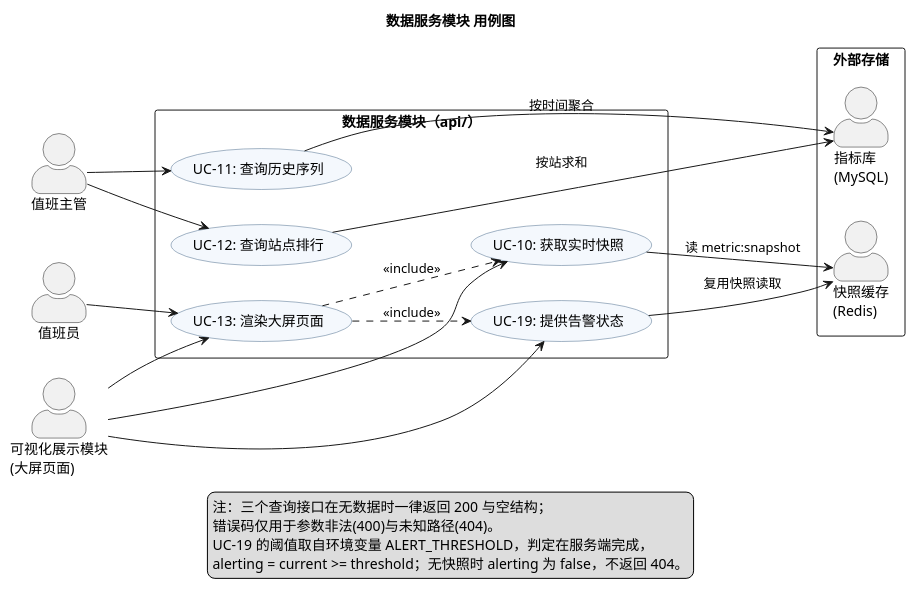
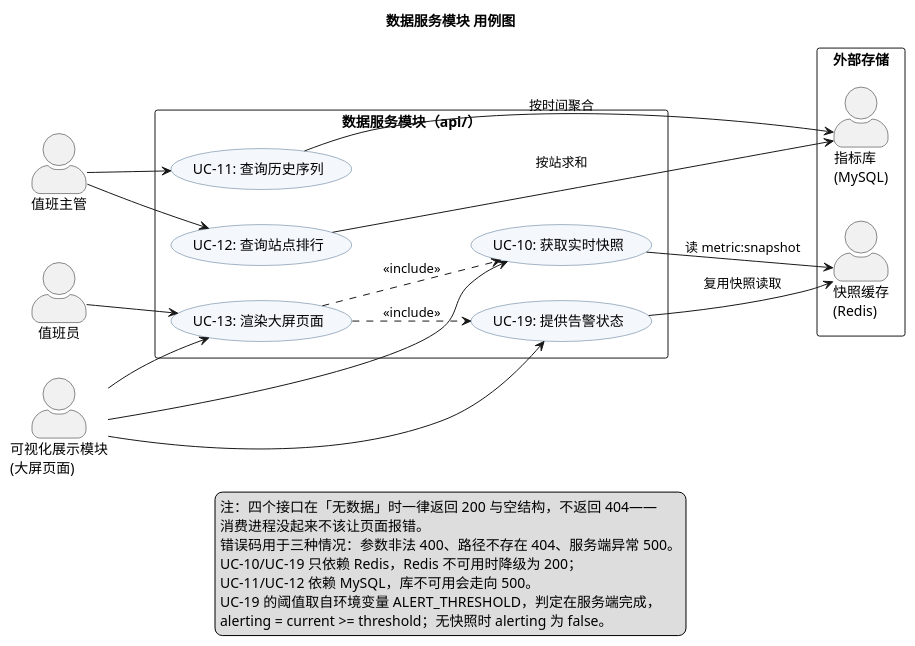
One commit to Xuzhaopu04/metro-flow-dashboard changed the diagram in docs/03-建模/04-用例图-数据服务.puml. Above: the diagram before and after it, drawn with PlantUML. The commit also changed 1 other file, not shown here.

Commit message:
docs(建模): 修正数据服务用例图里的错误码说明
原注释写「错误码仅用于参数非法(400)与未知路径(404)」，与实际情况不符：
契约 4.5 里还有 500 INTERNAL_ERROR，实测 MySQL 不可用时
/api/series 与 /api/rank 会返回 500。

改为按依赖分开写：
- UC-10/UC-19 只依赖 Redis，Redis 不可用时降级返回 200
- UC-11/UC-12 依赖 MySQL，库不可用时走向 500

顺带把「三个查询接口」改成「四个接口」，先前漏算了告警接口。

```diff
--- a/docs/03-建模/04-用例图-数据服务.puml
+++ b/docs/03-建模/04-用例图-数据服务.puml
@@ -1,54 +1,57 @@
 @startuml 04-用例图-数据服务
 title 数据服务模块 用例图
 left to right direction
 skinparam shadowing false
 skinparam actorStyle awesome
 skinparam packageStyle rectangle
 skinparam usecase {
   BackgroundColor #F4F8FD
   BorderColor #4A6B8A
 }
 
 ' 参与者统一置于系统边界左侧，外部存储归入右侧的独立矩形
 actor "值班主管" as lead
 actor "值班员" as guard
 actor "可视化展示模块\n(大屏页面)" as web
 
 rectangle "数据服务模块（api/）" {
   usecase "UC-13: 渲染大屏页面" as UC13
   usecase "UC-10: 获取实时快照" as UC10
   usecase "UC-19: 提供告警状态" as UC19
   usecase "UC-11: 查询历史序列" as UC11
   usecase "UC-12: 查询站点排行" as UC12
 }
 
 rectangle "外部存储" as ext {
   actor "指标库\n(MySQL)" as db
   actor "快照缓存\n(Redis)" as cache
 }
 
 ' 参与者与用例的关联
 lead --> UC11
 lead --> UC12
 guard --> UC13
 web --> UC13
 web --> UC10
 web --> UC19
 
 ' 页面渲染依赖快照与告警两个接口（虚线为 include）
 UC13 ..> UC10 : <<include>>
 UC13 ..> UC19 : <<include>>
 
 ' 与外部存储的关系
 UC10 --> cache : 读 metric:snapshot
 UC19 --> cache : 复用快照读取
 UC11 --> db : 按时间聚合
 UC12 --> db : 按站求和
 
 legend bottom
-  注：三个查询接口在无数据时一律返回 200 与空结构；
-  错误码仅用于参数非法(400)与未知路径(404)。
+  注：四个接口在「无数据」时一律返回 200 与空结构，不返回 404——
+  消费进程没起来不该让页面报错。
+  错误码用于三种情况：参数非法 400、路径不存在 404、服务端异常 500。
+  UC-10/UC-19 只依赖 Redis，Redis 不可用时降级为 200；
+  UC-11/UC-12 依赖 MySQL，库不可用会走向 500。
   UC-19 的阈值取自环境变量 ALERT_THRESHOLD，判定在服务端完成，
-  alerting = current >= threshold；无快照时 alerting 为 false，不返回 404。
+  alerting = current >= threshold；无快照时 alerting 为 false。
 endlegend
 @enduml
```
